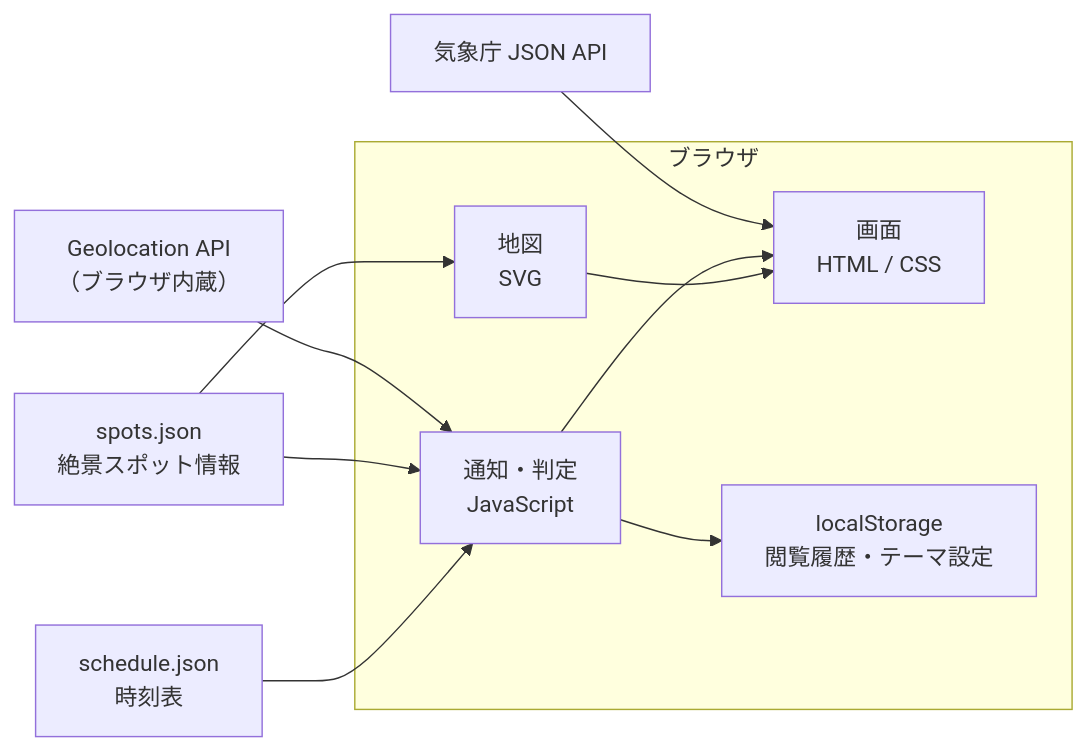
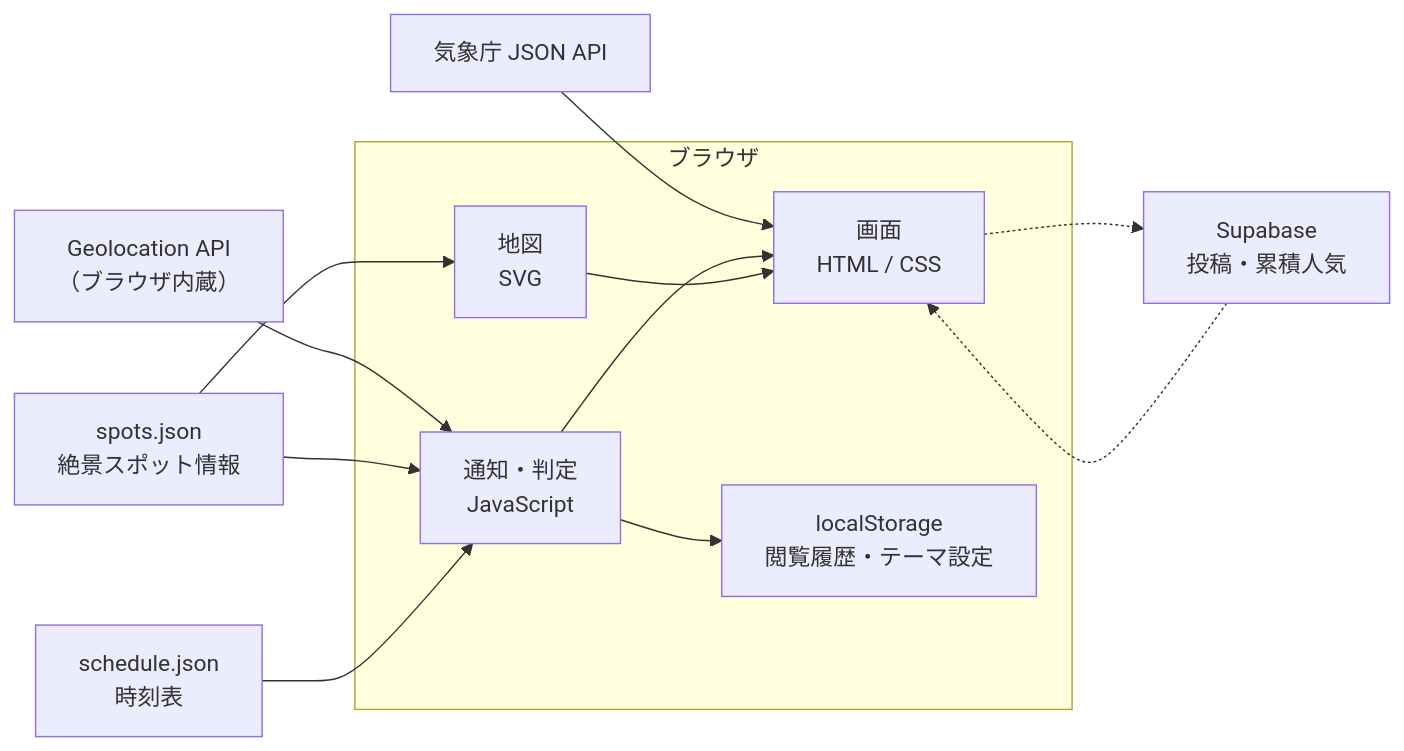
Before and after one commit to Hexran-123/2026Expo: the third of 3 diagrams in docs/設計書.md, drawn with Mermaid. The commit also changed other lines of this file and 34 other files, not shown here.

First line of the commit message:
路線ごとにデータを分け、地図画面から余分なものを畳む

````diff
--- a/docs/設計書.md
+++ b/docs/設計書.md
@@ -492,18 +576,20 @@
 ```mermaid
 flowchart LR
     subgraph ブラウザ
         UI["画面<br/>HTML / CSS"]
         MAP["地図<br/>SVG"]
         LOGIC["通知・判定<br/>JavaScript"]
         STORE["localStorage<br/>閲覧履歴・テーマ設定"]
     end
 
     GEO["Geolocation API<br/>（ブラウザ内蔵）"] --> LOGIC
     SPOTS["spots.json<br/>絶景スポット情報"] --> LOGIC
     SPOTS --> MAP
     SCHED["schedule.json<br/>時刻表"] --> LOGIC
     JMA["気象庁 JSON API"] --> UI
     LOGIC --> UI
     LOGIC --> STORE
     MAP --> UI
+    SB["Supabase<br/>投稿・累積人気"] -.-> UI
+    UI -.-> SB
 ```
````
